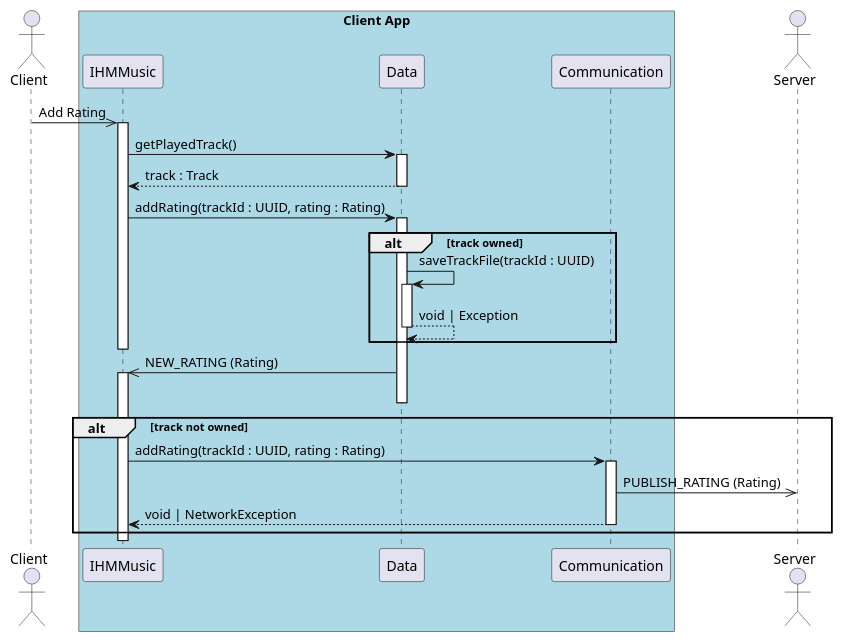
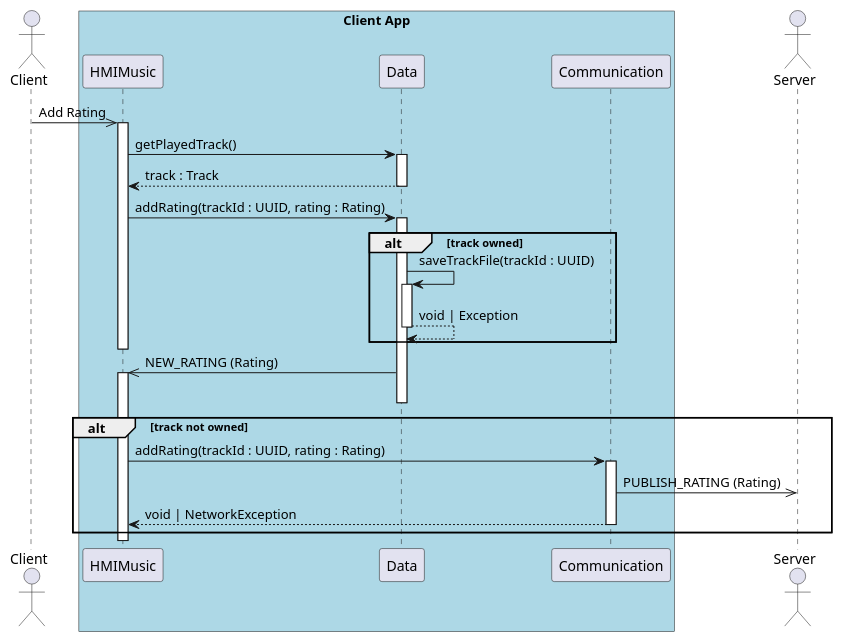
Before and after one commit to UTCAI12/Diagrams: the diagram in sequence/4.1.add_rating_client.puml, drawn with PlantUML. The commit also changed 5 other files, not shown here.

Commit message:
replacing IHM by HMI

```diff
--- a/sequence/4.1.add_rating_client.puml
+++ b/sequence/4.1.add_rating_client.puml
@@ -1,36 +1,36 @@
 @startuml 4.1. User add a rating to a music (sender client side)
 
 actor Client as client
 
 box "Client App" #LightBlue
-    participant IHMMusic as ihm
+    participant HMIMusic as hmi
     participant Data as data
     participant Communication as com
 end box
 
 actor Server as server
 
-client ->> ihm++: Add Rating
+client ->> hmi++: Add Rating
 
-ihm -> data++ : getPlayedTrack()
+hmi -> data++ : getPlayedTrack()
 return track : Track
 
 
-ihm -> data++ : addRating(trackId : UUID, rating : Rating)
+hmi -> data++ : addRating(trackId : UUID, rating : Rating)
 alt track owned
     data->data++: saveTrackFile(trackId : UUID)
     return void | Exception
 end
 
-deactivate ihm
-data->>ihm++:  NEW_RATING (Rating) 
+deactivate hmi
+data->>hmi++:  NEW_RATING (Rating) 
 deactivate data 
 
 alt track not owned
-    ihm -> com++ : addRating(trackId : UUID, rating : Rating)
+    hmi -> com++ : addRating(trackId : UUID, rating : Rating)
     com ->> server : PUBLISH_RATING (Rating)
     return void | NetworkException
 end
 
 
 @enduml
```
